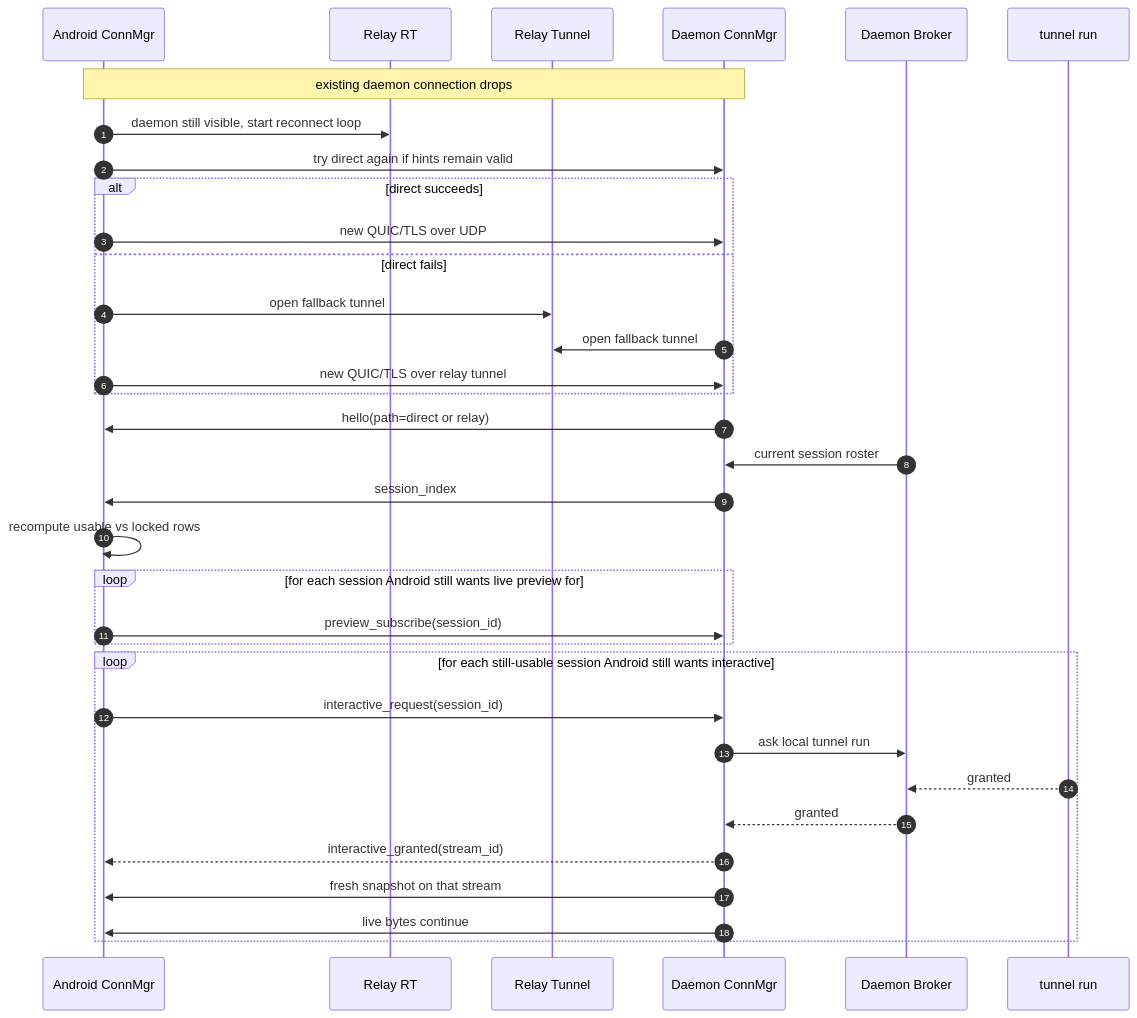
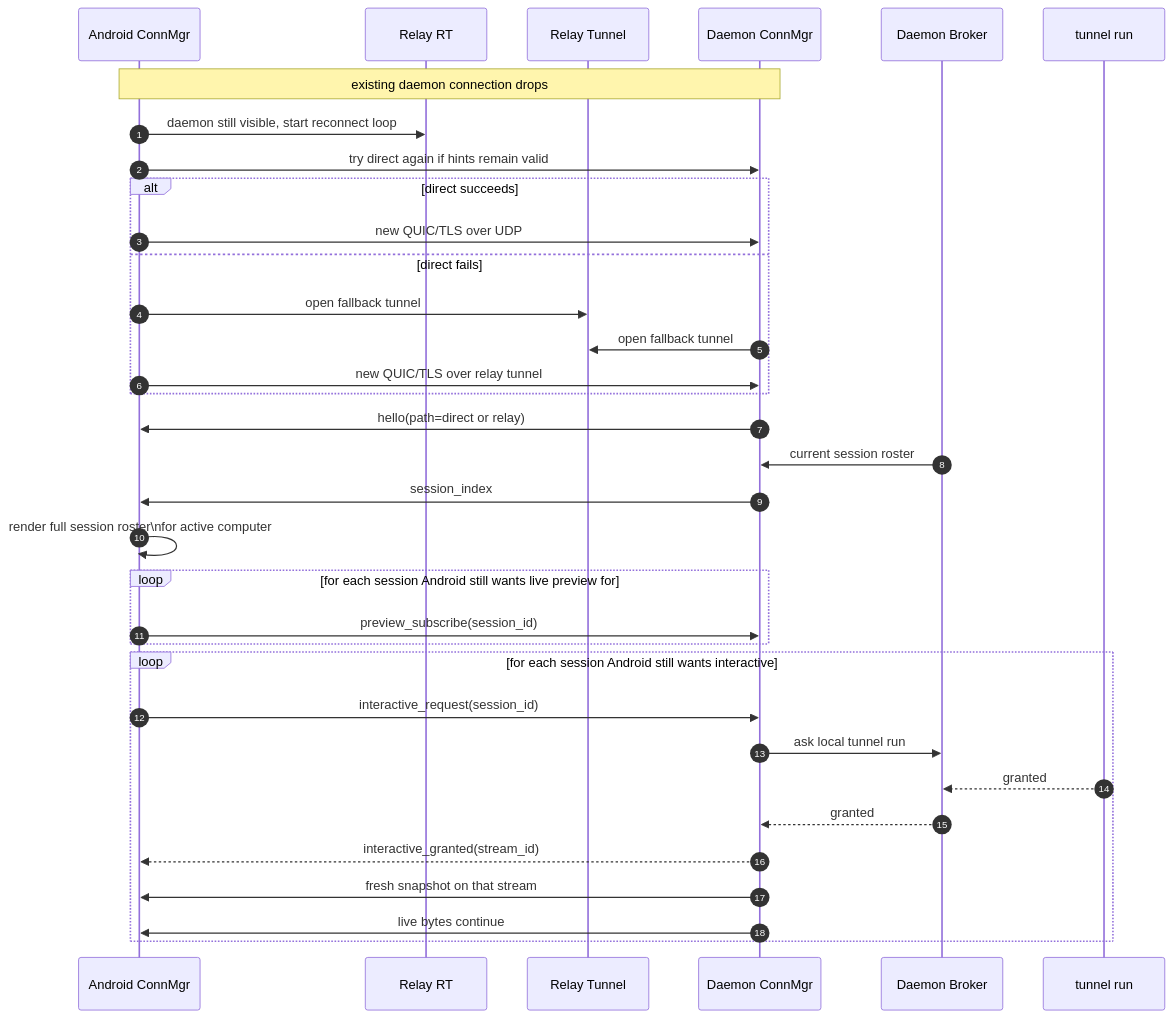
The ninth of 9 diagrams in docs/connectivity/reference/sequence-flows.md (yuanbohan/agent-tunnel), drawn with Mermaid before and after one commit. The commit also changed other lines of this file and 23 other files, not shown here.

````diff
--- a/docs/connectivity/reference/sequence-flows.md
+++ b/docs/connectivity/reference/sequence-flows.md
@@ -335,41 +367,41 @@
 ```mermaid
 sequenceDiagram
     autonumber
     participant AndroidConn as Android ConnMgr
     participant RelayRT as Relay RT
     participant RelayTunnel as Relay Tunnel
     participant DaemonConn as Daemon ConnMgr
     participant DaemonBroker as Daemon Broker
     participant TunnelRun as tunnel run
 
     Note over AndroidConn,DaemonConn: existing daemon connection drops
 
     AndroidConn->>RelayRT: daemon still visible, start reconnect loop
     AndroidConn->>DaemonConn: try direct again if hints remain valid
     alt direct succeeds
         AndroidConn->>DaemonConn: new QUIC/TLS over UDP
     else direct fails
         AndroidConn->>RelayTunnel: open fallback tunnel
         DaemonConn->>RelayTunnel: open fallback tunnel
         AndroidConn->>DaemonConn: new QUIC/TLS over relay tunnel
     end
 
     DaemonConn->>AndroidConn: hello(path=direct or relay)
     DaemonBroker->>DaemonConn: current session roster
     DaemonConn->>AndroidConn: session_index
-    AndroidConn->>AndroidConn: recompute usable vs locked rows
+    AndroidConn->>AndroidConn: render full session roster\nfor active computer
 
     loop for each session Android still wants live preview for
         AndroidConn->>DaemonConn: preview_subscribe(session_id)
     end
 
-    loop for each still-usable session Android still wants interactive
+    loop for each session Android still wants interactive
         AndroidConn->>DaemonConn: interactive_request(session_id)
         DaemonConn->>DaemonBroker: ask local tunnel run
         TunnelRun-->>DaemonBroker: granted
         DaemonBroker-->>DaemonConn: granted
         DaemonConn-->>AndroidConn: interactive_granted(stream_id)
         DaemonConn->>AndroidConn: fresh snapshot on that stream
         DaemonConn->>AndroidConn: live bytes continue
     end
 ```
````
